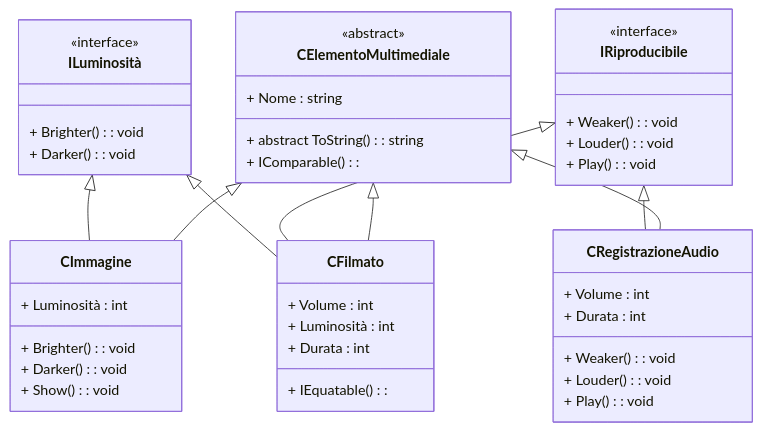
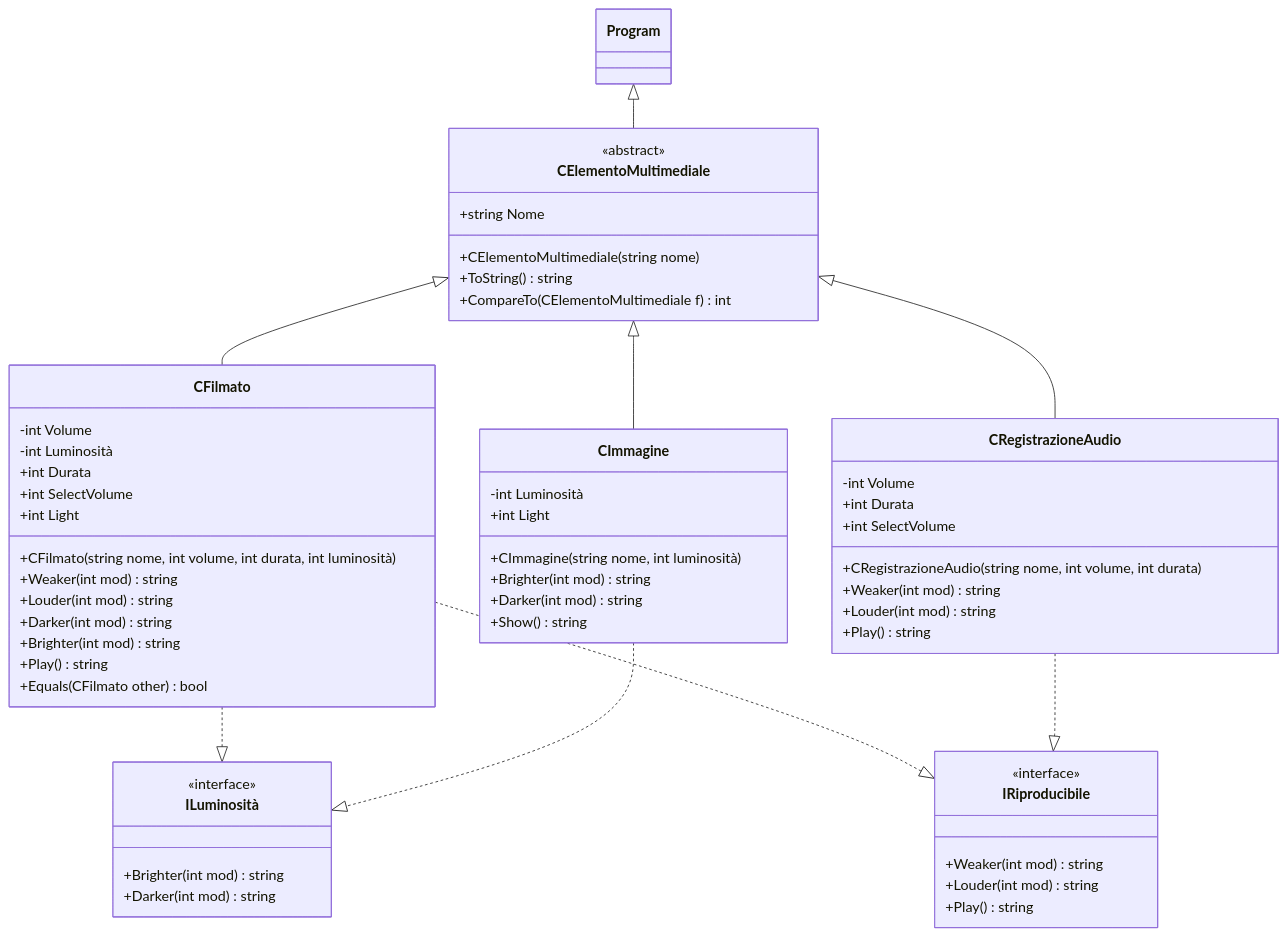
One commit to Loren-France/VisualStudio_C-_4BII_2026-2027 changed the diagram in esContenutiMultimediali/esContenutiMultimedialiUML.md. Above: the diagram before and after it, drawn with Mermaid. The commit also changed other lines of this file and 12 other files, not shown here.

````diff
--- a/esContenutiMultimediali/esContenutiMultimedialiUML.md
+++ b/esContenutiMultimediali/esContenutiMultimedialiUML.md
@@ -2,58 +6,73 @@
 ```mermaid
 classDiagram
 
     class CElementoMultimediale {
         <<abstract>>
-        + Nome : string
+        +string Nome
 
-        + abstract ToString() : string
-        + IComparable() : 
+        +CElementoMultimediale(string nome)
+        +ToString() string
+        +CompareTo(CElementoMultimediale f) int
     }
 
     class CRegistrazioneAudio {
-        + Volume : int
-        + Durata : int
+        -int Volume
+        +int Durata
+        +int SelectVolume
 
-        + Weaker() : void
-        + Louder() : void
-        + Play() : void
+        +CRegistrazioneAudio(string nome, int volume, int durata)
+        +Weaker(int mod) string
+        +Louder(int mod) string
+        +Play() string
     }
 
     class CFilmato {
-        + Volume : int
-        + Luminosità : int
-        + Durata : int
-        
-        + IEquatable() :
+        -int Volume
+        -int Luminosità
+        +int Durata
+        +int SelectVolume
+        +int Light
+
+        +CFilmato(string nome, int volume, int durata, int luminosità)
+        +Weaker(int mod) string
+        +Louder(int mod) string
+        +Darker(int mod) string
+        +Brighter(int mod) string
+        +Play() string
+        +Equals(CFilmato other) bool
     }
 
     class CImmagine {
-        + Luminosità : int
+        -int Luminosità
+        +int Light
 
-        + Brighter() : void
-        + Darker() : void
-        + Show() : void
+        +CImmagine(string nome, int luminosità)
+        +Brighter(int mod) string
+        +Darker(int mod) string
+        +Show() string
     }
 
     class IRiproducibile {
         <<interface>>
-        + Weaker() : void
-        + Louder() : void
-        + Play() : void
+        +Weaker(int mod) string
+        +Louder(int mod) string
+        +Play() string
     }
 
-    class ILuminosità  {
+    class ILuminosità {
         <<interface>>
-        + Brighter() : void
-        + Darker() : void
+        +Brighter(int mod) string
+        +Darker(int mod) string
     }
+
+    Program <|-- CElementoMultimediale
 
     CElementoMultimediale <|-- CImmagine
     CElementoMultimediale <|-- CRegistrazioneAudio
     CElementoMultimediale <|-- CFilmato
 
-    IRiproducibile <|-- CFilmato
-    IRiproducibile <|-- CRegistrazioneAudio
-    ILuminosità <|-- CFilmato
-    ILuminosità <|-- CImmagine
+    CFilmato ..|> IRiproducibile
+    CRegistrazioneAudio ..|> IRiproducibile
+    CFilmato ..|> ILuminosità
+    CImmagine ..|> ILuminosità
 ```
````
